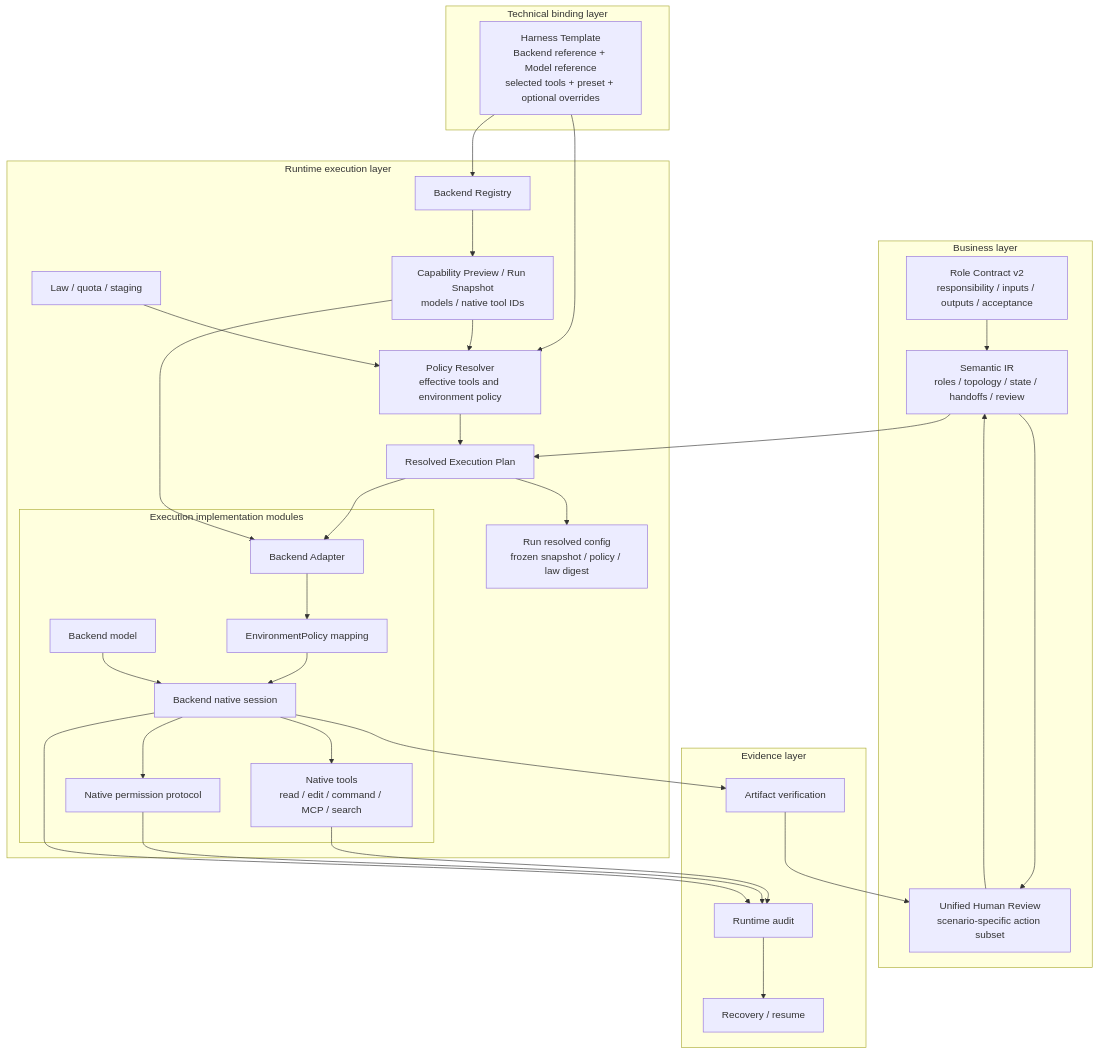
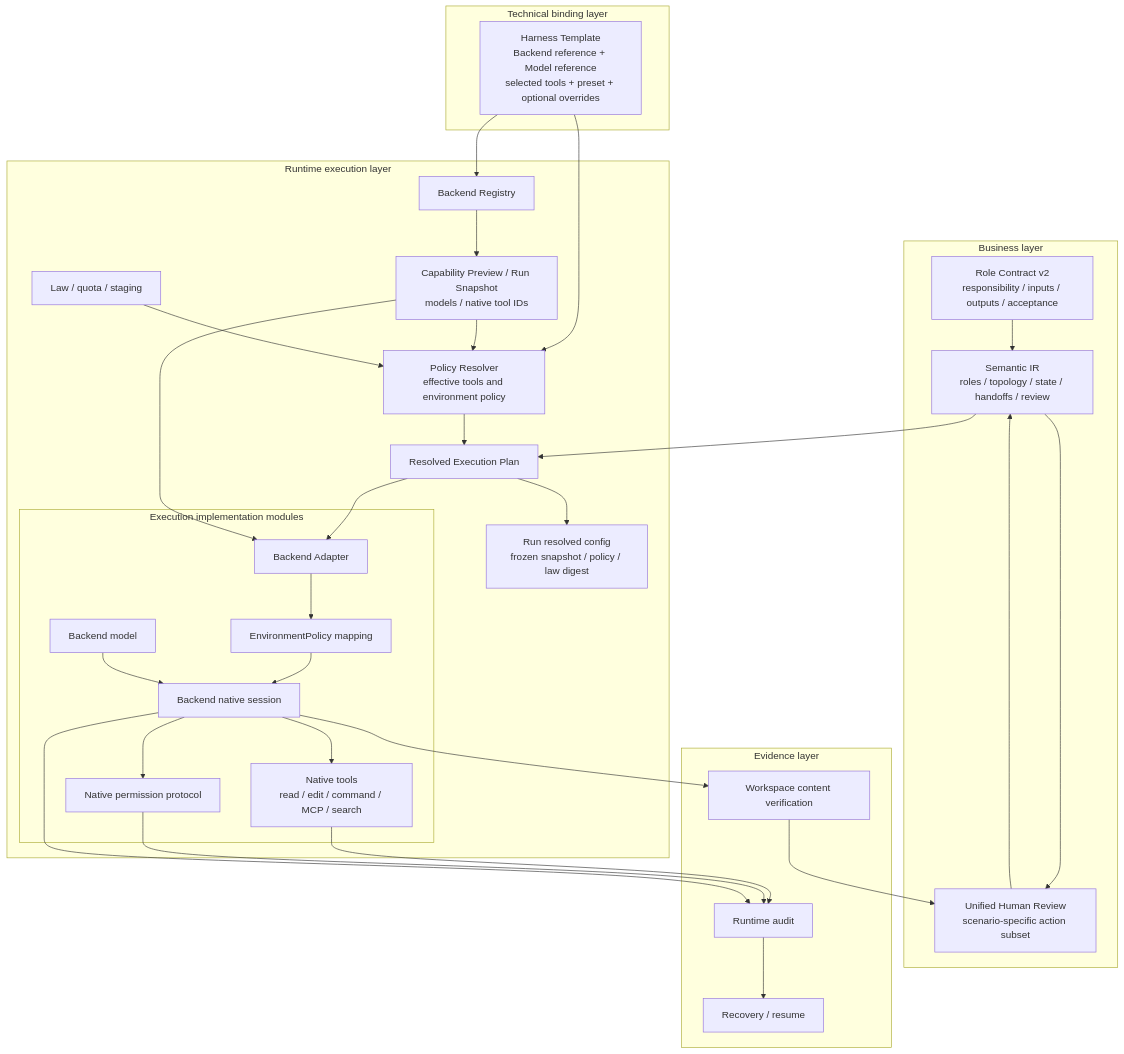
One commit to Fredericzhou/ogsystem changed the first of 7 diagrams in docs/development/role-execution-architecture.md. Above: the diagram before and after it, drawn with Mermaid. The commit also changed other lines of this file and 123 other files, not shown here.

````diff
--- a/docs/development/role-execution-architecture.md
+++ b/docs/development/role-execution-architecture.md
@@ -548,60 +562,60 @@
 ```mermaid
 flowchart TB
     subgraph Business["Business layer"]
         RC["Role Contract v2<br/>responsibility / inputs / outputs / acceptance"]
         IR["Semantic IR<br/>roles / topology / state / handoffs / review"]
         HR["Unified Human Review<br/>scenario-specific action subset"]
     end
 
     subgraph Technical["Technical binding layer"]
         EB["Harness Template<br/>Backend reference + Model reference<br/>selected tools + preset + optional overrides"]
     end
 
     subgraph Runtime["Runtime execution layer"]
         BR["Backend Registry"]
         CS["Capability Preview / Run Snapshot<br/>models / native tool IDs"]
         PR["Policy Resolver<br/>effective tools and environment policy"]
         LAW["Law / quota / staging"]
         PLAN["Resolved Execution Plan"]
         SNAP["Run resolved config<br/>frozen snapshot / policy / law digest"]
         subgraph Impl["Execution implementation modules"]
             AD["Backend Adapter"]
             MAP["EnvironmentPolicy mapping"]
             BS["Backend native session"]
             MODEL["Backend model"]
             NT["Native tools<br/>read / edit / command / MCP / search"]
             PP["Native permission protocol"]
         end
     end
 
     subgraph Evidence["Evidence layer"]
         AUDIT["Runtime audit"]
         RECOVERY["Recovery / resume"]
-        ARTIFACT["Artifact verification"]
+        WCV["Workspace content verification"]
     end
 
     RC --> IR
     IR --> HR
     EB --> BR
     EB --> PR
     BR --> CS
     CS --> PR
     LAW --> PR
     IR --> PLAN
     PR --> PLAN
     PLAN --> SNAP
     PLAN --> AD
     AD --> MAP
     MAP --> BS
     MODEL --> BS
     CS --> AD
     BS --> NT
     BS --> PP
     NT --> AUDIT
     PP --> AUDIT
     BS --> AUDIT
     AUDIT --> RECOVERY
-    BS --> ARTIFACT
-    ARTIFACT --> HR
+    BS --> WCV
+    WCV --> HR
     HR --> IR
 ```
````
